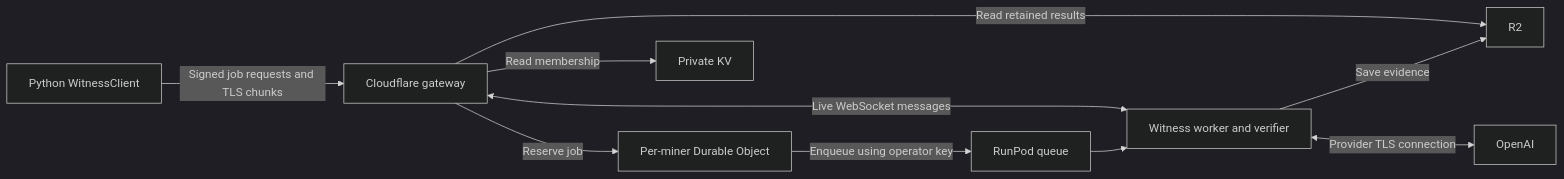
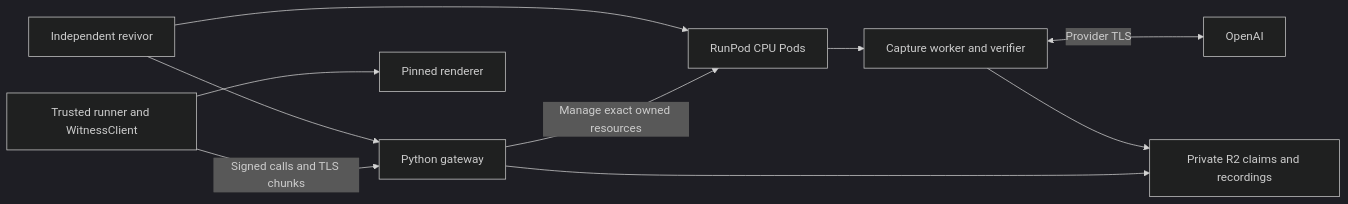
Before and after one commit to 404-Repo/404-gen-subnet: the diagram in docs/witness-server-release-plan.md, drawn with Mermaid (dark theme). The commit also changed other lines of this file and 169 other files, not shown here.

First line of the commit message:
Run witnessed generation and rendering on per-miner RunPod Pods

````diff
--- a/docs/witness-server-release-plan.md
+++ b/docs/witness-server-release-plan.md
@@ -7,12 +7,12 @@
 ```mermaid
 flowchart LR
-    M[Python WitnessClient] -->|Signed job requests and TLS chunks| G[Cloudflare gateway]
-    G -->|Reserve job| D[Per-miner Durable Object]
-    G -->|Read membership| K[Private KV]
-    D -->|Enqueue using operator key| Q[RunPod queue]
-    Q --> W[Witness worker and verifier]
-    G <-->|Live WebSocket messages| W
-    W -->|Save evidence| R[R2]
-    G -->|Read retained results| R
-    W <-->|Provider TLS connection| O[OpenAI]
+    M[Trusted runner and WitnessClient] -->|Signed calls and TLS chunks| G[Python gateway]
+    G -->|Manage exact owned resources| P[RunPod CPU Pods]
+    P --> W[Capture worker and verifier]
+    W <-->|Provider TLS| O[OpenAI]
+    G --> R[Private R2 claims and recordings]
+    W --> R
+    M --> V[Pinned renderer]
+    H[Independent revivor] --> G
+    H --> P
 ```
````
